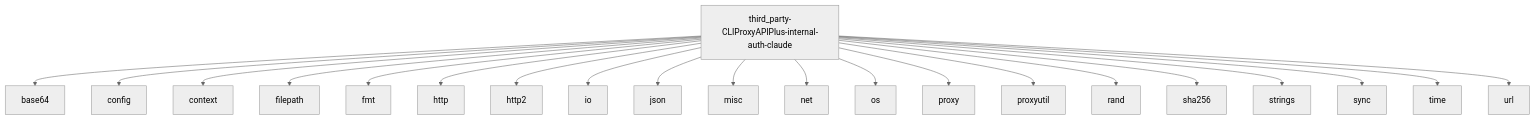
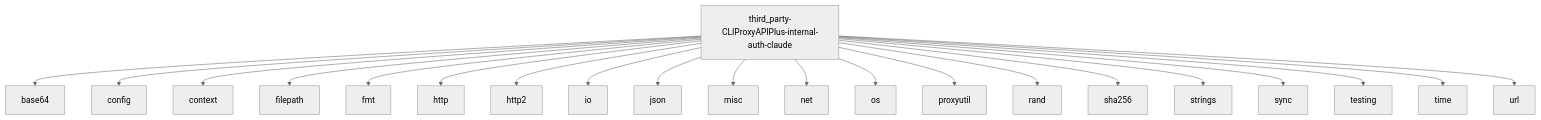
One commit to 0xTract0r/quotio changed the diagram in .agentlens/modules/third_party-CLIProxyAPIPlus-internal-auth-claude/imports.md. Above: the diagram before and after it, drawn with Mermaid (neutral theme). The commit also changed other lines of this file and 126 other files, not shown here.

````diff
--- a/.agentlens/modules/third_party-CLIProxyAPIPlus-internal-auth-claude/imports.md
+++ b/.agentlens/modules/third_party-CLIProxyAPIPlus-internal-auth-claude/imports.md
@@ -7,23 +7,23 @@
 ```mermaid
 graph TD
     third_party_CLIProxyAPIPlus_internal_auth_claude[third_party-CLIProxyAPIPlus-internal-auth-claude] --> base64[base64]
     third_party_CLIProxyAPIPlus_internal_auth_claude[third_party-CLIProxyAPIPlus-internal-auth-claude] --> config[config]
     third_party_CLIProxyAPIPlus_internal_auth_claude[third_party-CLIProxyAPIPlus-internal-auth-claude] --> context[context]
     third_party_CLIProxyAPIPlus_internal_auth_claude[third_party-CLIProxyAPIPlus-internal-auth-claude] --> filepath[filepath]
     third_party_CLIProxyAPIPlus_internal_auth_claude[third_party-CLIProxyAPIPlus-internal-auth-claude] --> fmt[fmt]
     third_party_CLIProxyAPIPlus_internal_auth_claude[third_party-CLIProxyAPIPlus-internal-auth-claude] --> http[http]
     third_party_CLIProxyAPIPlus_internal_auth_claude[third_party-CLIProxyAPIPlus-internal-auth-claude] --> http2[http2]
     third_party_CLIProxyAPIPlus_internal_auth_claude[third_party-CLIProxyAPIPlus-internal-auth-claude] --> io[io]
     third_party_CLIProxyAPIPlus_internal_auth_claude[third_party-CLIProxyAPIPlus-internal-auth-claude] --> json[json]
     third_party_CLIProxyAPIPlus_internal_auth_claude[third_party-CLIProxyAPIPlus-internal-auth-claude] --> misc[misc]
     third_party_CLIProxyAPIPlus_internal_auth_claude[third_party-CLIProxyAPIPlus-internal-auth-claude] --> net[net]
     third_party_CLIProxyAPIPlus_internal_auth_claude[third_party-CLIProxyAPIPlus-internal-auth-claude] --> os[os]
-    third_party_CLIProxyAPIPlus_internal_auth_claude[third_party-CLIProxyAPIPlus-internal-auth-claude] --> proxy[proxy]
     third_party_CLIProxyAPIPlus_internal_auth_claude[third_party-CLIProxyAPIPlus-internal-auth-claude] --> proxyutil[proxyutil]
     third_party_CLIProxyAPIPlus_internal_auth_claude[third_party-CLIProxyAPIPlus-internal-auth-claude] --> rand[rand]
     third_party_CLIProxyAPIPlus_internal_auth_claude[third_party-CLIProxyAPIPlus-internal-auth-claude] --> sha256[sha256]
     third_party_CLIProxyAPIPlus_internal_auth_claude[third_party-CLIProxyAPIPlus-internal-auth-claude] --> strings[strings]
     third_party_CLIProxyAPIPlus_internal_auth_claude[third_party-CLIProxyAPIPlus-internal-auth-claude] --> sync[sync]
+    third_party_CLIProxyAPIPlus_internal_auth_claude[third_party-CLIProxyAPIPlus-internal-auth-claude] --> testing[testing]
     third_party_CLIProxyAPIPlus_internal_auth_claude[third_party-CLIProxyAPIPlus-internal-auth-claude] --> time[time]
     third_party_CLIProxyAPIPlus_internal_auth_claude[third_party-CLIProxyAPIPlus-internal-auth-claude] --> url[url]
 ```
````
